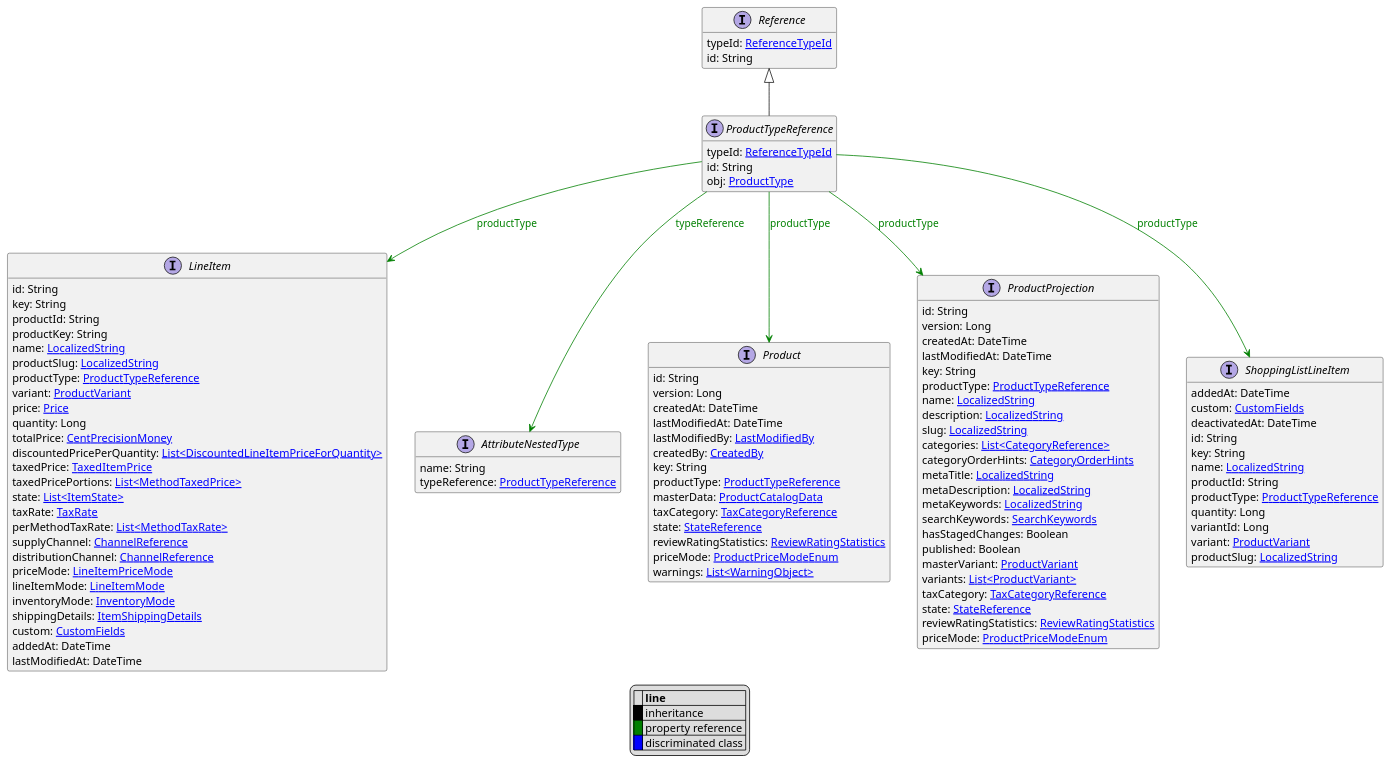
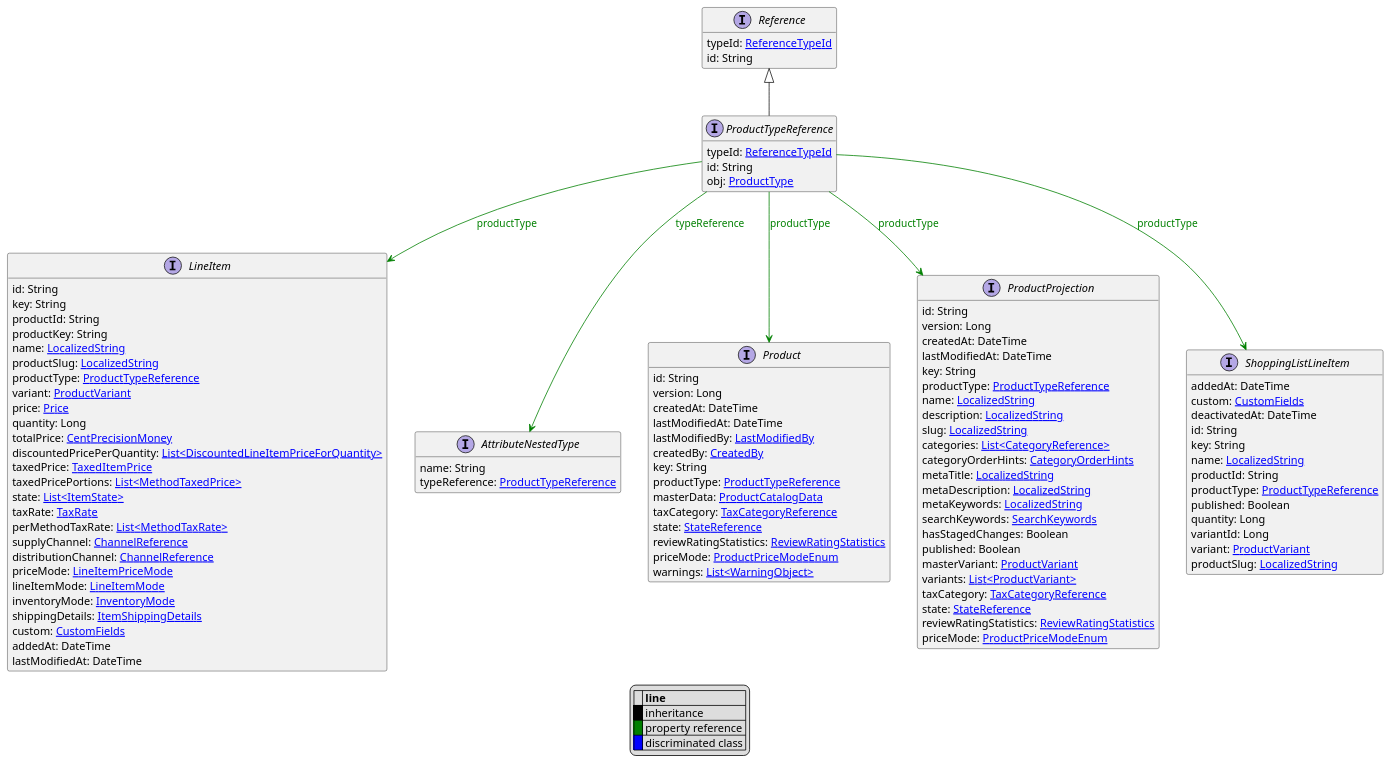
The diagram in uml/api/ProductTypeReference.puml (commercetools/commercetools-api-reference), drawn with PlantUML before and after one commit. The commit also changed 10 other files, not shown here.

```diff
--- a/uml/api/ProductTypeReference.puml
+++ b/uml/api/ProductTypeReference.puml
@@ -1,115 +1,116 @@
 @startuml
 
 hide empty fields
 hide empty methods
 legend
 |= |= line |
 |<back:black>   </back>| inheritance |
 |<back:green>   </back>| property reference |
 |<back:blue>   </back>| discriminated class |
 endlegend
 interface ProductTypeReference [[ProductTypeReference.svg]] extends Reference {
     typeId: [[ReferenceTypeId.svg ReferenceTypeId]]
     id: String
     obj: [[ProductType.svg ProductType]]
 }
 interface Reference [[Reference.svg]]  {
     typeId: [[ReferenceTypeId.svg ReferenceTypeId]]
     id: String
 }
 
 
 interface LineItem [[LineItem.svg]]  {
     id: String
     key: String
     productId: String
     productKey: String
     name: [[LocalizedString.svg LocalizedString]]
     productSlug: [[LocalizedString.svg LocalizedString]]
     productType: [[ProductTypeReference.svg ProductTypeReference]]
     variant: [[ProductVariant.svg ProductVariant]]
     price: [[Price.svg Price]]
     quantity: Long
     totalPrice: [[CentPrecisionMoney.svg CentPrecisionMoney]]
     discountedPricePerQuantity: [[DiscountedLineItemPriceForQuantity.svg List<DiscountedLineItemPriceForQuantity>]]
     taxedPrice: [[TaxedItemPrice.svg TaxedItemPrice]]
     taxedPricePortions: [[MethodTaxedPrice.svg List<MethodTaxedPrice>]]
     state: [[ItemState.svg List<ItemState>]]
     taxRate: [[TaxRate.svg TaxRate]]
     perMethodTaxRate: [[MethodTaxRate.svg List<MethodTaxRate>]]
     supplyChannel: [[ChannelReference.svg ChannelReference]]
     distributionChannel: [[ChannelReference.svg ChannelReference]]
     priceMode: [[LineItemPriceMode.svg LineItemPriceMode]]
     lineItemMode: [[LineItemMode.svg LineItemMode]]
     inventoryMode: [[InventoryMode.svg InventoryMode]]
     shippingDetails: [[ItemShippingDetails.svg ItemShippingDetails]]
     custom: [[CustomFields.svg CustomFields]]
     addedAt: DateTime
     lastModifiedAt: DateTime
 }
 interface AttributeNestedType [[AttributeNestedType.svg]]  {
     name: String
     typeReference: [[ProductTypeReference.svg ProductTypeReference]]
 }
 interface Product [[Product.svg]]  {
     id: String
     version: Long
     createdAt: DateTime
     lastModifiedAt: DateTime
     lastModifiedBy: [[LastModifiedBy.svg LastModifiedBy]]
     createdBy: [[CreatedBy.svg CreatedBy]]
     key: String
     productType: [[ProductTypeReference.svg ProductTypeReference]]
     masterData: [[ProductCatalogData.svg ProductCatalogData]]
     taxCategory: [[TaxCategoryReference.svg TaxCategoryReference]]
     state: [[StateReference.svg StateReference]]
     reviewRatingStatistics: [[ReviewRatingStatistics.svg ReviewRatingStatistics]]
     priceMode: [[ProductPriceModeEnum.svg ProductPriceModeEnum]]
     warnings: [[WarningObject.svg List<WarningObject>]]
 }
 interface ProductProjection [[ProductProjection.svg]]  {
     id: String
     version: Long
     createdAt: DateTime
     lastModifiedAt: DateTime
     key: String
     productType: [[ProductTypeReference.svg ProductTypeReference]]
     name: [[LocalizedString.svg LocalizedString]]
     description: [[LocalizedString.svg LocalizedString]]
     slug: [[LocalizedString.svg LocalizedString]]
     categories: [[CategoryReference.svg List<CategoryReference>]]
     categoryOrderHints: [[CategoryOrderHints.svg CategoryOrderHints]]
     metaTitle: [[LocalizedString.svg LocalizedString]]
     metaDescription: [[LocalizedString.svg LocalizedString]]
     metaKeywords: [[LocalizedString.svg LocalizedString]]
     searchKeywords: [[SearchKeywords.svg SearchKeywords]]
     hasStagedChanges: Boolean
     published: Boolean
     masterVariant: [[ProductVariant.svg ProductVariant]]
     variants: [[ProductVariant.svg List<ProductVariant>]]
     taxCategory: [[TaxCategoryReference.svg TaxCategoryReference]]
     state: [[StateReference.svg StateReference]]
     reviewRatingStatistics: [[ReviewRatingStatistics.svg ReviewRatingStatistics]]
     priceMode: [[ProductPriceModeEnum.svg ProductPriceModeEnum]]
 }
 interface ShoppingListLineItem [[ShoppingListLineItem.svg]]  {
     addedAt: DateTime
     custom: [[CustomFields.svg CustomFields]]
     deactivatedAt: DateTime
     id: String
     key: String
     name: [[LocalizedString.svg LocalizedString]]
     productId: String
     productType: [[ProductTypeReference.svg ProductTypeReference]]
+    published: Boolean
     quantity: Long
     variantId: Long
     variant: [[ProductVariant.svg ProductVariant]]
     productSlug: [[LocalizedString.svg LocalizedString]]
 }
 
 ProductTypeReference --> LineItem #green;text:green : "productType"
 ProductTypeReference --> AttributeNestedType #green;text:green : "typeReference"
 ProductTypeReference --> Product #green;text:green : "productType"
 ProductTypeReference --> ProductProjection #green;text:green : "productType"
 ProductTypeReference --> ShoppingListLineItem #green;text:green : "productType"
 @enduml
```
